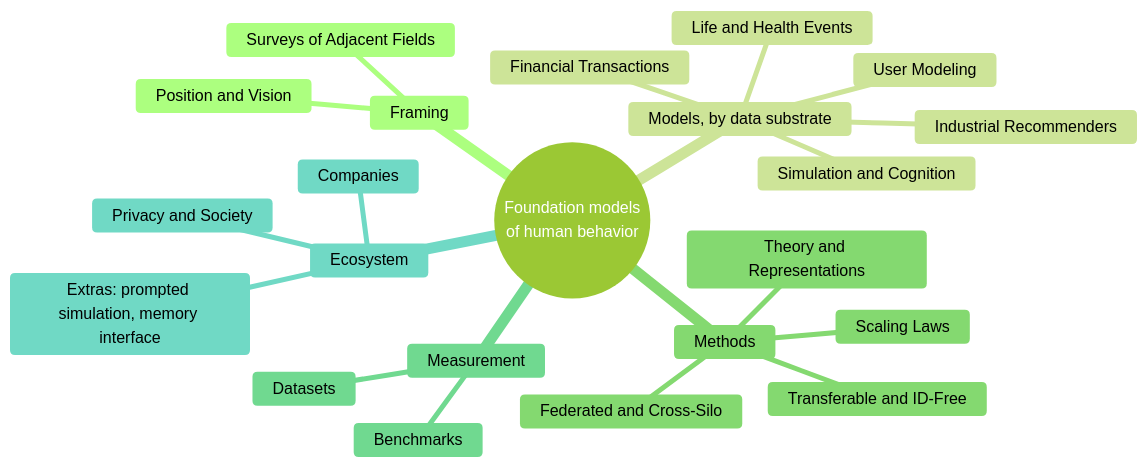
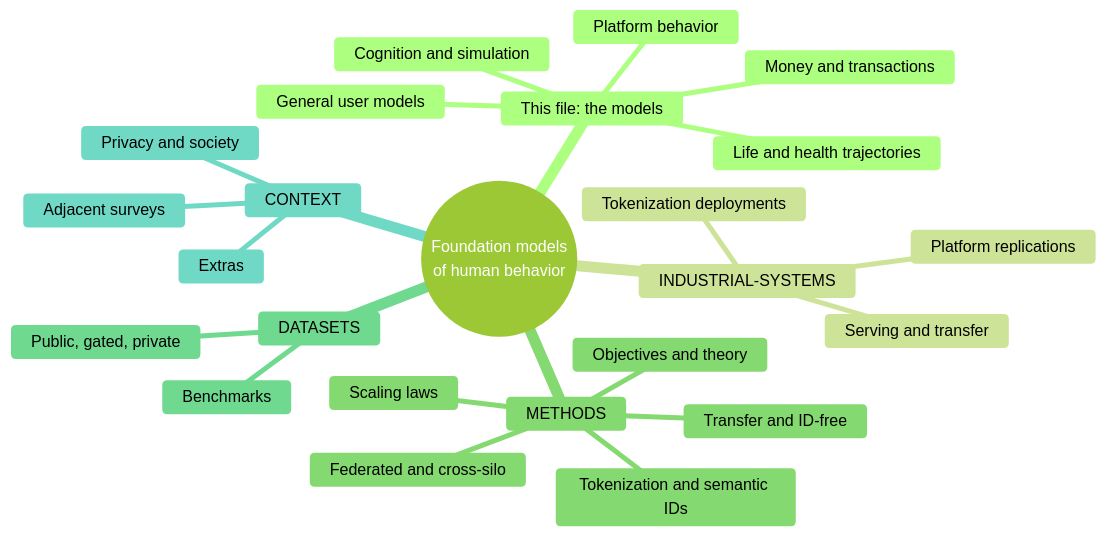
The diagram in README.md (jonathan-politzki/awesome-foundation-models-of-human-behavior), drawn with Mermaid (forest theme) before and after one commit. The commit also changed other lines of this file and 4 other files, not shown here.

````diff
--- a/README.md
+++ b/README.md
@@ -13,25 +23,27 @@
 ```mermaid
 mindmap
   root((Foundation models<br/>of human behavior))
-    Framing
-      Position and Vision
-      Surveys of Adjacent Fields
-    Models, by data substrate
-      Industrial Recommenders
-      Life and Health Events
-      Financial Transactions
-      Simulation and Cognition
-      User Modeling
-    Methods
-      Transferable and ID-Free
-      Scaling Laws
-      Federated and Cross-Silo
-      Theory and Representations
-    Measurement
+    This file: the models
+      Platform behavior
+      Life and health trajectories
+      Money and transactions
+      Cognition and simulation
+      General user models
+    INDUSTRIAL-SYSTEMS
+      Serving and transfer
+      Tokenization deployments
+      Platform replications
+    METHODS
+      Transfer and ID-free
+      Tokenization and semantic IDs
+      Scaling laws
+      Federated and cross-silo
+      Objectives and theory
+    DATASETS
+      Public, gated, private
       Benchmarks
-      Datasets
-    Ecosystem
-      Companies
-      Privacy and Society
-      Extras: prompted simulation, memory interface
+    CONTEXT
+      Adjacent surveys
+      Privacy and society
+      Extras
 ```
````
